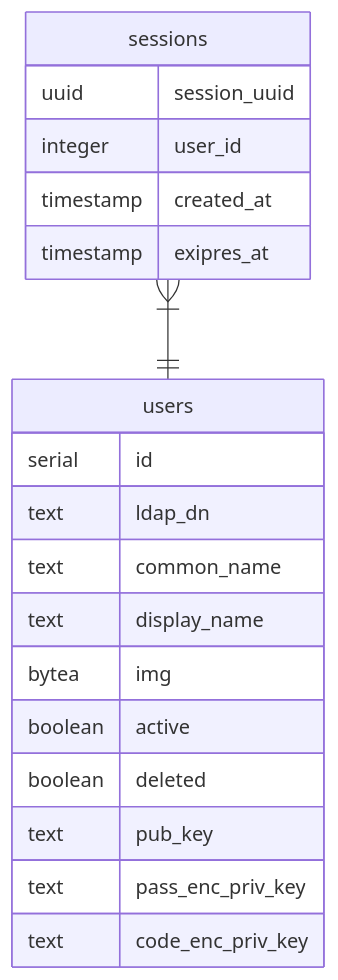
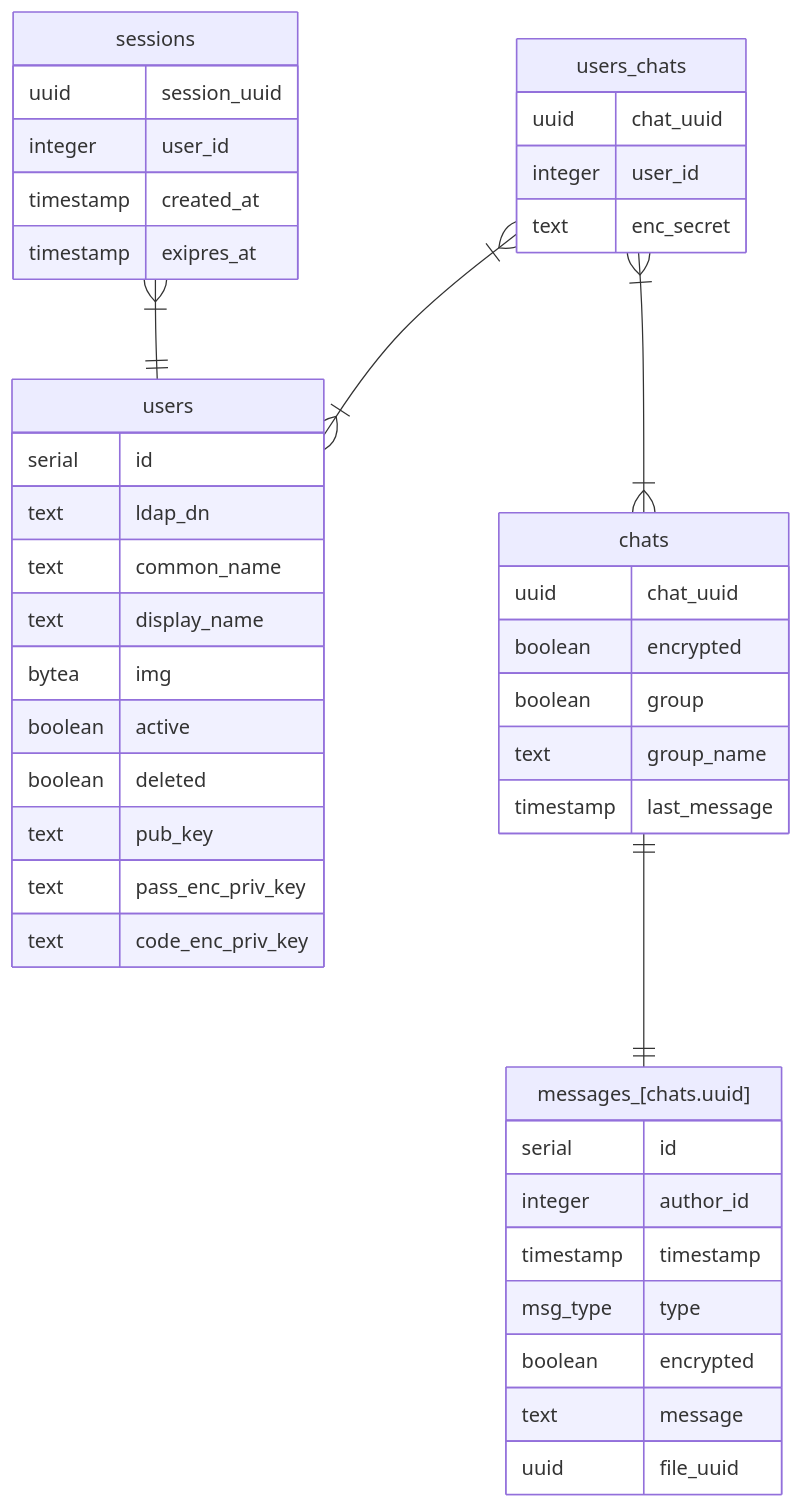
Before and after one commit to MrJujek/gda: the diagram in docs/DatabaseSchema.md, drawn with Mermaid. The commit also changed 3 other files, not shown here.

First line of the commit message:
Formatting and updating chats schema

````diff
--- a/docs/DatabaseSchema.md
+++ b/docs/DatabaseSchema.md
@@ -5,22 +5,46 @@
 ```mermaid
 erDiagram
     users {
         serial  id
         text    ldap_dn
         text    common_name
         text    display_name
         bytea   img
         boolean active
         boolean deleted
         text    pub_key
         text    pass_enc_priv_key
         text    code_enc_priv_key
     }
     sessions {
         uuid        session_uuid
         integer     user_id
         timestamp   created_at
-        timestamp   exipres_at 
+        timestamp   exipres_at
+    }
+    chats {
+        uuid        chat_uuid
+        boolean     encrypted
+        boolean     group
+        text        group_name
+        timestamp   last_message
+    }
+    users_chats {
+        uuid    chat_uuid
+        integer user_id
+        text    enc_secret
+    }
+    "messages_[chats.uuid]" {
+        serial      id
+        integer     author_id
+        timestamp   timestamp
+        msg_type    type
+        boolean     encrypted
+        text        message
+        uuid        file_uuid
     }
     sessions 1+--1 users : ""
+    users_chats 1+--1+ users : ""
+    users_chats 1+--1+ chats : ""
+    chats 1--1 "messages_[chats.uuid]": ""
 ```
````
